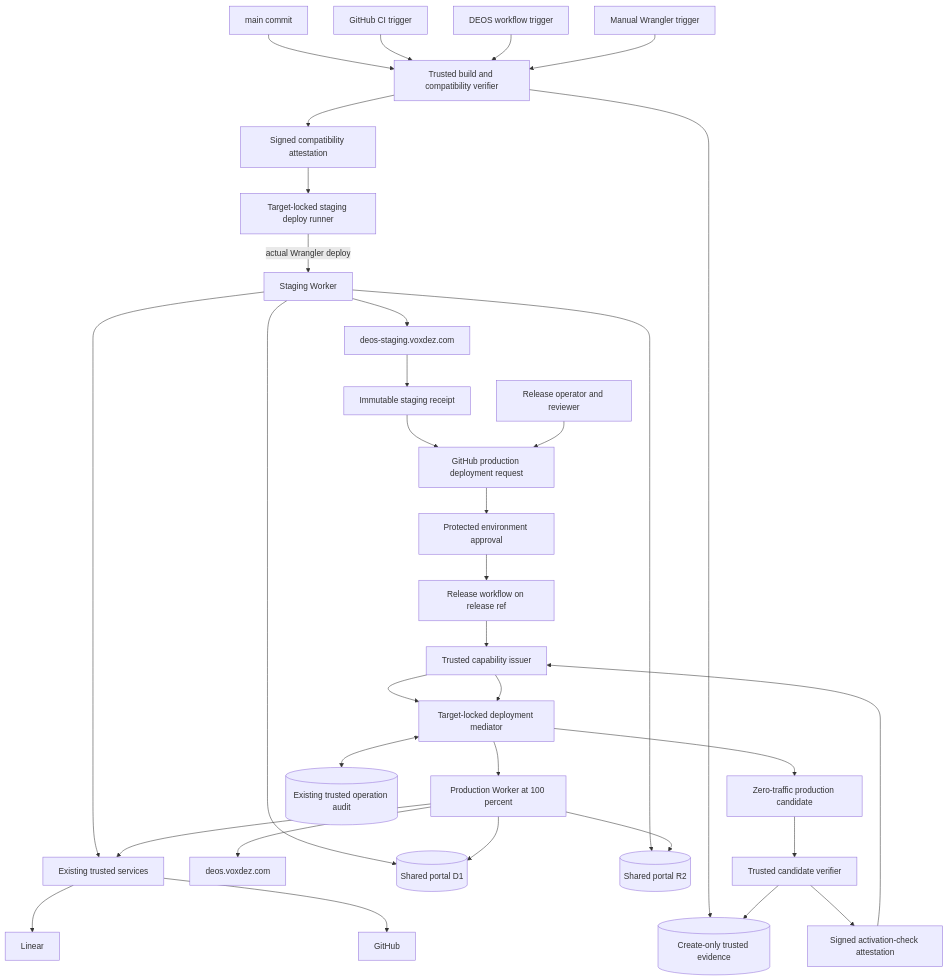
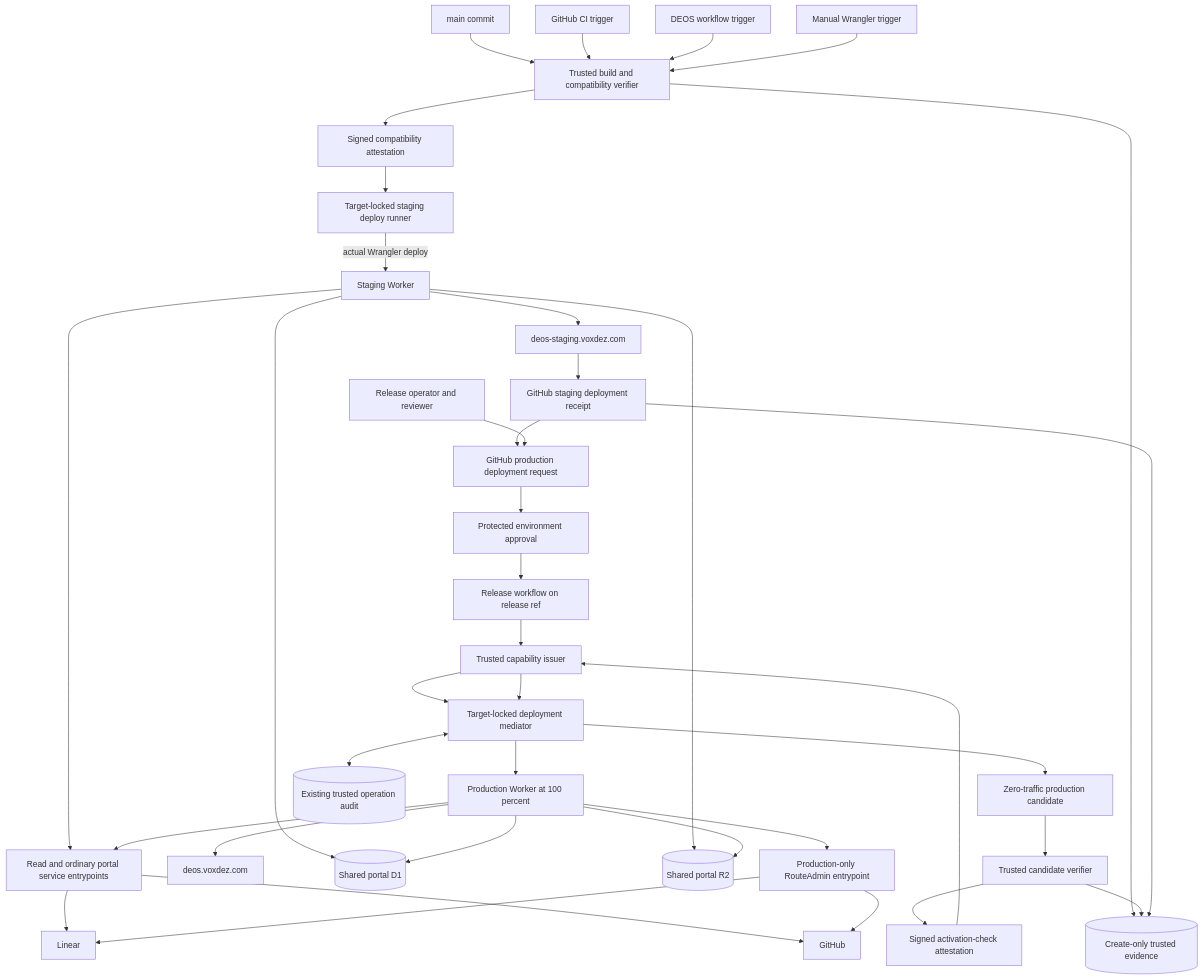
One commit to sachinkundu/deos changed the diagram in openspec/changes/sac-155/design.md. Above: the diagram before and after it, drawn with Mermaid. The commit also changed other lines of this file, not shown here.

````diff
--- a/openspec/changes/sac-155/design.md
+++ b/openspec/changes/sac-155/design.md
@@ -18,39 +19,43 @@
 ```mermaid
 flowchart TB
     M[main commit] --> BV[Trusted build and compatibility verifier]
     CI[GitHub CI trigger] --> BV
     DW[DEOS workflow trigger] --> BV
     MW[Manual Wrangler trigger] --> BV
     BV --> CA[Signed compatibility attestation]
     CA --> SD[Target-locked staging deploy runner]
     SD -->|actual Wrangler deploy| SW[Staging Worker]
     SW --> SH[deos-staging.voxdez.com]
-    SH --> SR[Immutable staging receipt]
+    SH --> SR[GitHub staging deployment receipt]
 
     SR --> GD[GitHub production deployment request]
     O[Release operator and reviewer] --> GD
     GD --> PA[Protected environment approval]
     PA --> RP[Release workflow on release ref]
     RP --> IS[Trusted capability issuer]
     IS --> DM[Target-locked deployment mediator]
     DM --> PC[Zero-traffic production candidate]
     PC --> AV[Trusted candidate verifier]
     AV --> AA[Signed activation-check attestation]
     AA --> IS
     IS --> DM
     DM --> PW[Production Worker at 100 percent]
     PW --> PH[deos.voxdez.com]
 
     DM <--> OJ[(Existing trusted operation audit)]
     BV --> EV[(Create-only trusted evidence)]
     AV --> EV
+    SR --> EV
 
     SW --> D1[(Shared portal D1)]
     PW --> D1
     SW --> R2[(Shared portal R2)]
     PW --> R2
-    SW --> TS[Existing trusted services]
-    PW --> TS
-    TS --> GH[GitHub]
-    TS --> LI[Linear]
+    SW --> RS[Read and ordinary portal service entrypoints]
+    PW --> RS
+    PW --> RA[Production-only RouteAdmin entrypoint]
+    RS --> GH[GitHub]
+    RS --> LI[Linear]
+    RA --> GH
+    RA --> LI
 ```
````
